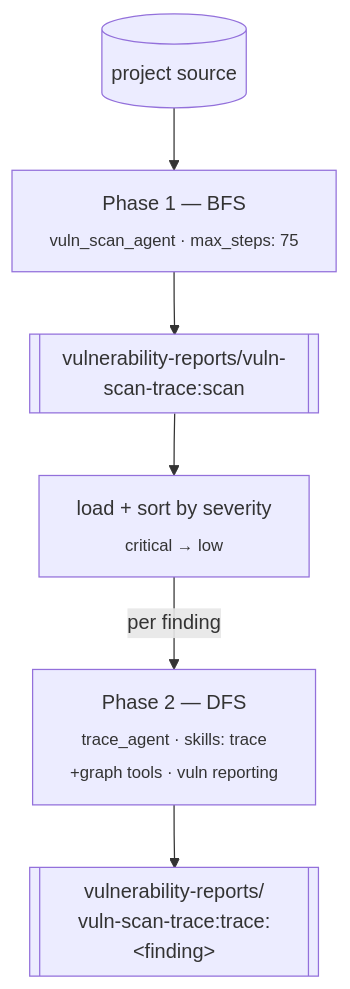
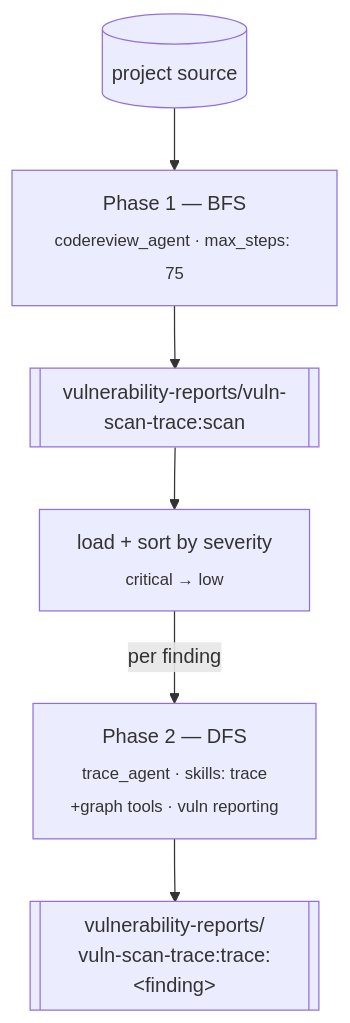
Before and after one commit to grauwolf32/contractor: the diagram in contractor/workflows/vuln_scan_trace/README.md, drawn with Mermaid. The commit also changed other lines of this file and 18 other files, not shown here.

First line of the commit message:
refactor(agents): rename vuln_scan_agent -> codereview_agent

````diff
--- a/contractor/workflows/vuln_scan_trace/README.md
+++ b/contractor/workflows/vuln_scan_trace/README.md
@@ -9,8 +9,8 @@
 ```mermaid
 flowchart TD
-    SRC[("project source")] --> SCAN["Phase 1 — BFS<br/><sub>vuln_scan_agent · max_steps: 75</sub>"]
+    SRC[("project source")] --> SCAN["Phase 1 — BFS<br/><sub>codereview_agent · max_steps: 75</sub>"]
     SCAN --> REP[["vulnerability-reports/vuln-scan-trace:scan"]]
     REP --> SORT["load + sort by severity<br/><sub>critical → low</sub>"]
     SORT -->|per finding| TRACE["Phase 2 — DFS<br/><sub>trace_agent · skills: trace<br/>+graph tools · vuln reporting</sub>"]
     TRACE --> OUT[["vulnerability-reports/<br/>vuln-scan-trace:trace:&lt;finding&gt;"]]
 ```
````
